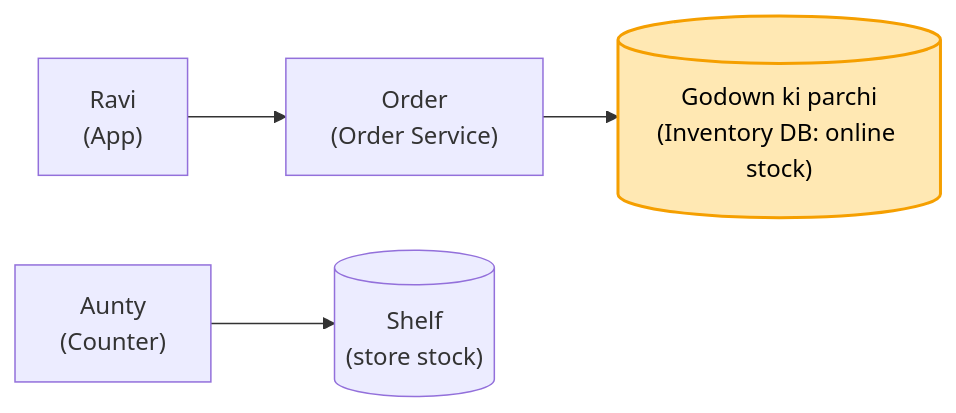
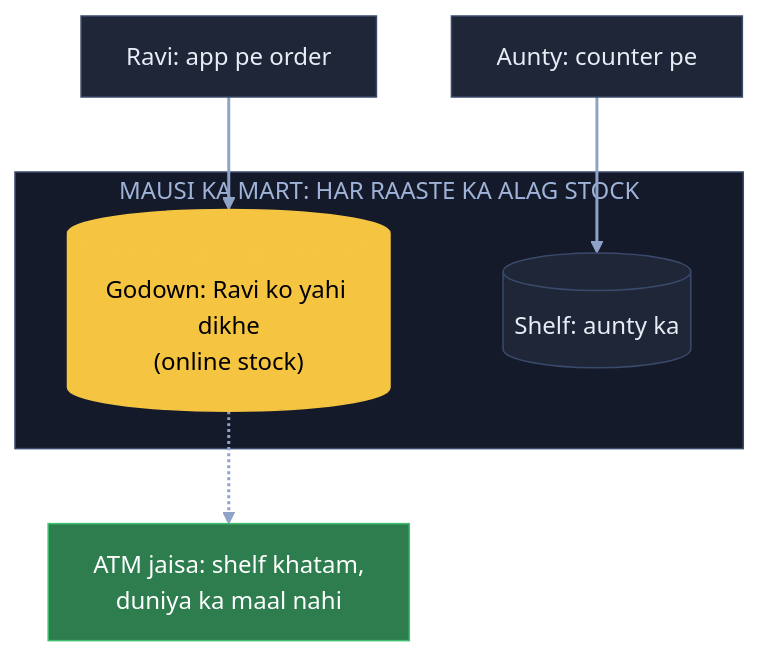
One commit to ArpanMaheshwari144/Prep changed the first of 7 diagrams in 04_HLD/SYSTEM_DESIGNS/17_ecommerce/17_ecommerce.md. Above: the diagram before and after it, drawn with Mermaid. The commit also changed other lines of this file, not shown here.

Commit message:
E-commerce: 7 diagram hand notes ke shabdon se (mausi ka mart, godown / shelf, sale gate)

````diff
--- a/04_HLD/SYSTEM_DESIGNS/17_ecommerce/17_ecommerce.md
+++ b/04_HLD/SYSTEM_DESIGNS/17_ecommerce/17_ecommerce.md
@@ -44,7 +44,19 @@
 ```mermaid
-flowchart LR
-    R["Ravi<br/>(App)"] --> O["Order<br/>(Order Service)"]
-    O --> G[("Godown ki parchi<br/>(Inventory DB: online stock)")]
-    A["Aunty<br/>(Counter)"] --> S[("Shelf<br/>(store stock)")]
-    style G fill:#ffe8b3,stroke:#f59f00,stroke-width:2px,color:#000
+flowchart TB
+    R["Ravi: app pe order"]:::card
+    A["Aunty: counter pe"]:::card
+    subgraph MM["MAUSI KA MART: HAR RAASTE KA ALAG STOCK"]
+        G[("Godown: Ravi ko yahi dikhe<br/>(online stock)")]:::pill
+        SH[("Shelf: aunty ka")]:::card
+    end
+    ATM["ATM jaisa: shelf khatam,<br/>duniya ka maal nahi"]:::good
+    R --> G
+    A --> SH
+    G -.-> ATM
+    linkStyle default stroke:#8fa3c7,stroke-width:2px
+    classDef card fill:#1e2638,stroke:#3a4a6b,color:#e8ecf5
+    classDef pill fill:#f5c542,stroke:#f5c542,color:#000
+    classDef good fill:#2e7d4f,stroke:#3fbf6f,color:#fff
+    classDef bad fill:#5c1f24,stroke:#e05561,color:#fff
+    style MM fill:#141a29,stroke:#3a4a6b,color:#9fb3d9
 ```
````
